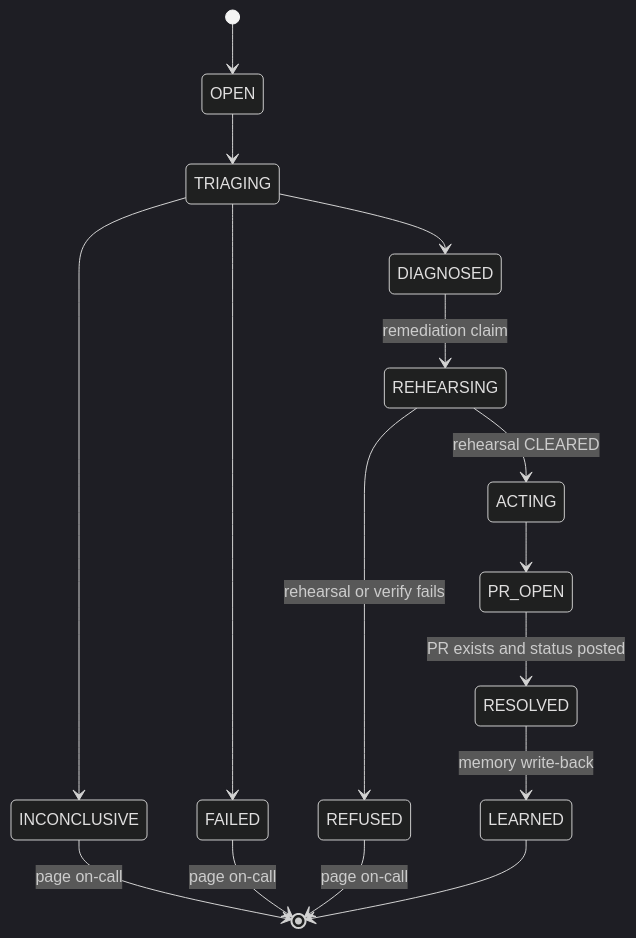
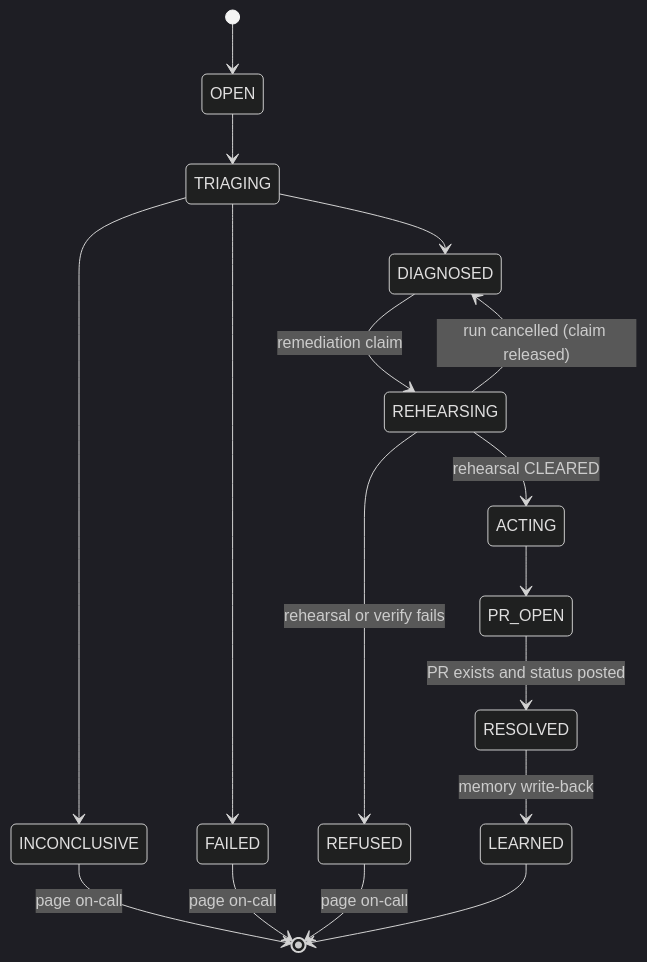
Before and after one commit to rnihesh/incident-commander: the third of 6 diagrams in docs/architecture.md, drawn with Mermaid (dark theme). The commit also changed other lines of this file and 1 other file, not shown here.

First line of the commit message:
docs: add a How-it-works diagram to README, refresh architecture doc

````diff
--- a/docs/architecture.md
+++ b/docs/architecture.md
@@ -154,18 +154,19 @@
 ```mermaid
 stateDiagram-v2
   [*] --> OPEN
   OPEN --> TRIAGING
   TRIAGING --> DIAGNOSED
   TRIAGING --> INCONCLUSIVE
   TRIAGING --> FAILED
   DIAGNOSED --> REHEARSING: remediation claim
   REHEARSING --> REFUSED: rehearsal or verify fails
   REHEARSING --> ACTING: rehearsal CLEARED
+  REHEARSING --> DIAGNOSED: run cancelled (claim released)
   ACTING --> PR_OPEN
   PR_OPEN --> RESOLVED: PR exists and status posted
   RESOLVED --> LEARNED: memory write-back
   INCONCLUSIVE --> [*]: page on-call
   FAILED --> [*]: page on-call
   REFUSED --> [*]: page on-call
   LEARNED --> [*]
 ```
````
